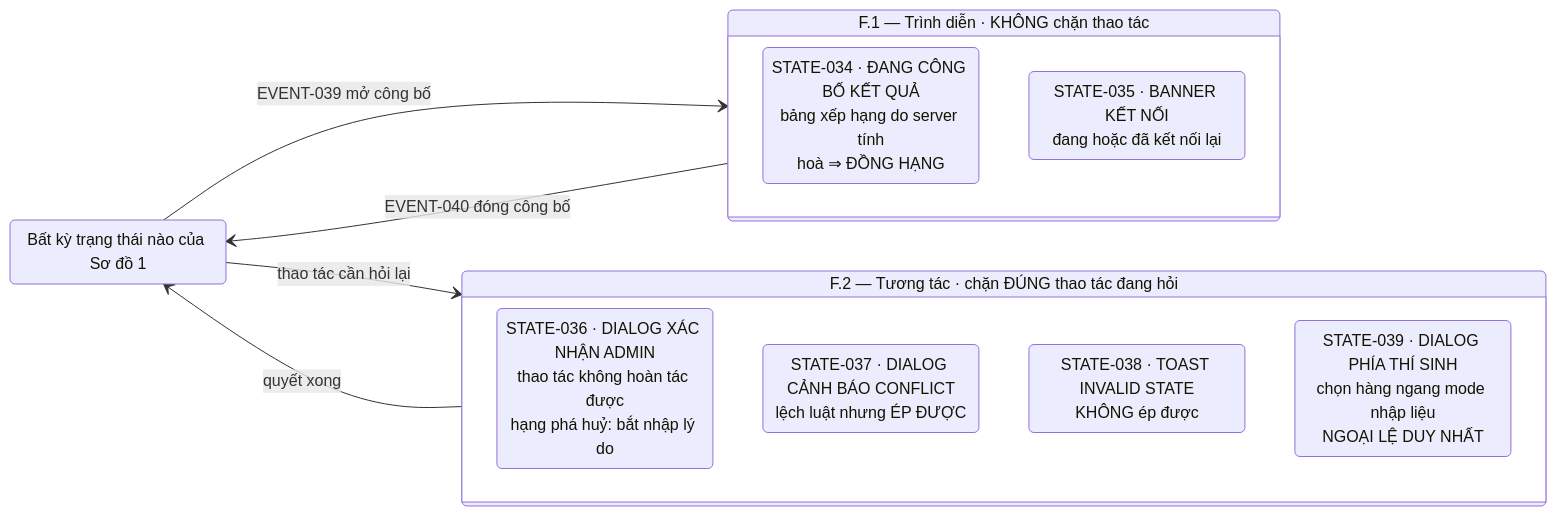
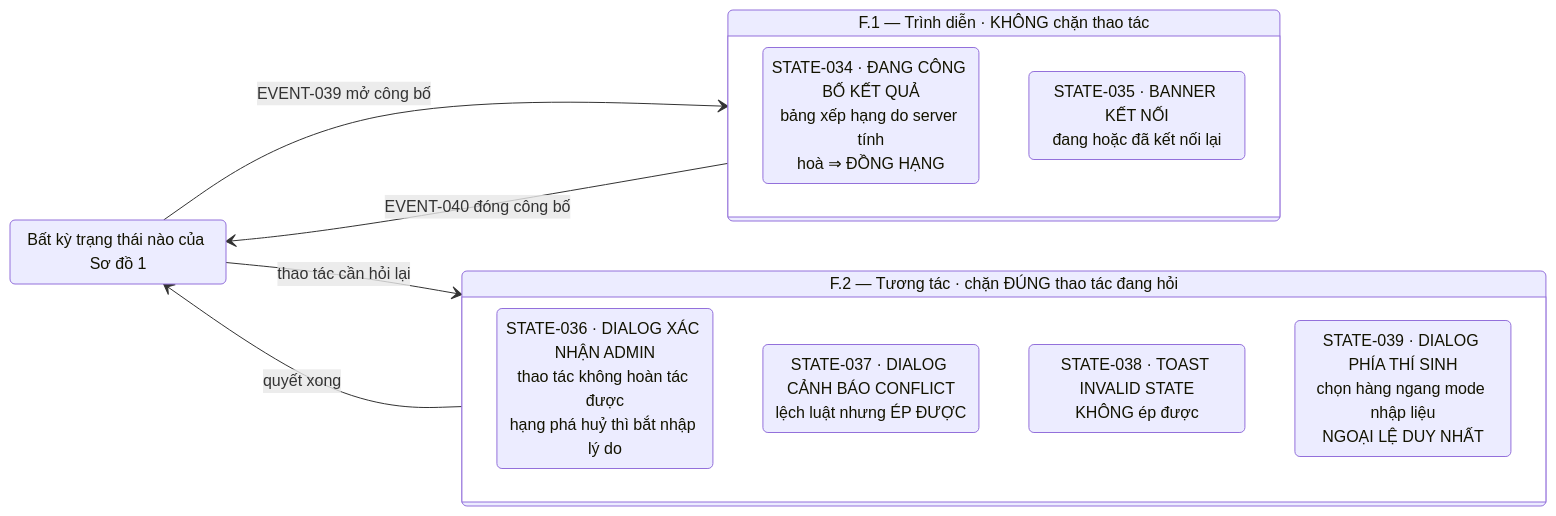
Before and after one commit to Noboroto/KnowledgeDome: the sixth of 6 diagrams in docs/game-state-machine.md, drawn with Mermaid. The commit also changed other lines of this file, not shown here.

First line of the commit message:
fix(docs): dựng lại Sơ đồ 5 để sửa lỗi render mermaid trên Obsidian

````diff
--- a/docs/game-state-machine.md
+++ b/docs/game-state-machine.md
@@ -186,19 +188,19 @@
 ```mermaid
 stateDiagram-v2
   direction LR
   state "Bất kỳ trạng thái nào của Sơ đồ 1" as BASE
   state "F.1 — Trình diễn · KHÔNG chặn thao tác" as F1 {
     S034: STATE-034 · ĐANG CÔNG BỐ KẾT QUẢ<br/>bảng xếp hạng do server tính<br/>hoà ⇒ ĐỒNG HẠNG
     S035: STATE-035 · BANNER KẾT NỐI<br/>đang hoặc đã kết nối lại
   }
   state "F.2 — Tương tác · chặn ĐÚNG thao tác đang hỏi" as F2 {
-    S036: STATE-036 · DIALOG XÁC NHẬN ADMIN<br/>thao tác không hoàn tác được<br/>hạng phá huỷ: bắt nhập lý do
+    S036: STATE-036 · DIALOG XÁC NHẬN ADMIN<br/>thao tác không hoàn tác được<br/>hạng phá huỷ thì bắt nhập lý do
     S037: STATE-037 · DIALOG CẢNH BÁO CONFLICT<br/>lệch luật nhưng ÉP ĐƯỢC
     S038: STATE-038 · TOAST INVALID STATE<br/>KHÔNG ép được
     S039: STATE-039 · DIALOG PHÍA THÍ SINH<br/>chọn hàng ngang mode nhập liệu<br/>NGOẠI LỆ DUY NHẤT
   }
   BASE --> F1: EVENT-039 mở công bố
   F1 --> BASE: EVENT-040 đóng công bố
   BASE --> F2: thao tác cần hỏi lại
   F2 --> BASE: quyết xong
 ```
````
